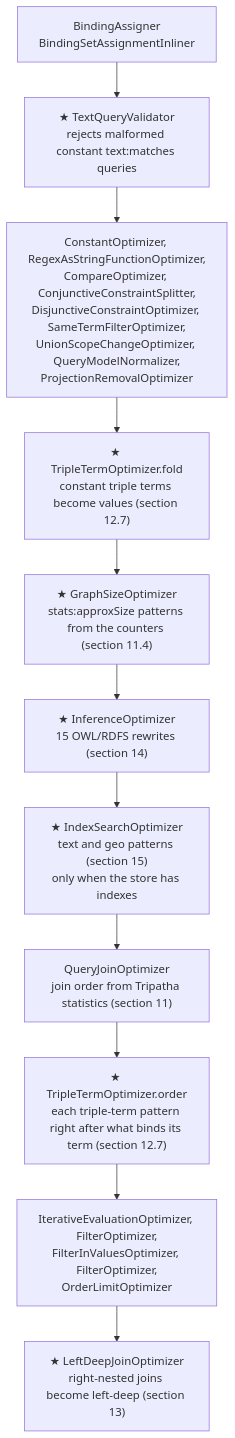
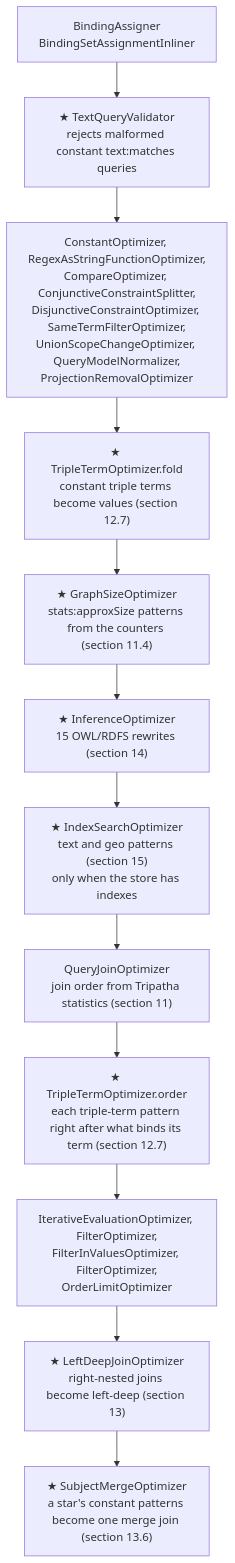
Diagram 12 of 21 in ARCH.md (dgreco/rya-ng), drawn with Mermaid before and after one commit. The commit also changed other lines of this file and 22 other files, not shown here.

````diff
--- a/ARCH.md
+++ b/ARCH.md
@@ -906,13 +906,14 @@
 ```mermaid
 flowchart TD
     o1["BindingAssigner<br/>BindingSetAssignmentInliner"] --> o2["★ TextQueryValidator<br/>rejects malformed constant text:matches queries"]
     o2 --> o3["ConstantOptimizer, RegexAsStringFunctionOptimizer,<br/>CompareOptimizer, ConjunctiveConstraintSplitter,<br/>DisjunctiveConstraintOptimizer, SameTermFilterOptimizer,<br/>UnionScopeChangeOptimizer, QueryModelNormalizer,<br/>ProjectionRemovalOptimizer"]
     o3 --> o3a["★ TripleTermOptimizer.fold<br/>constant triple terms become values (section 12.7)"]
     o3a --> o3b["★ GraphSizeOptimizer<br/>stats:approxSize patterns from the counters (section 11.4)"]
     o3b --> o4["★ InferenceOptimizer<br/>15 OWL/RDFS rewrites (section 14)"]
     o4 --> o5["★ IndexSearchOptimizer<br/>text and geo patterns (section 15)<br/>only when the store has indexes"]
     o5 --> o6["QueryJoinOptimizer<br/>join order from Tripatha statistics (section 11)"]
     o6 --> o6b["★ TripleTermOptimizer.order<br/>each triple-term pattern right after what binds its term (section 12.7)"]
     o6b --> o7["IterativeEvaluationOptimizer, FilterOptimizer,<br/>FilterInValuesOptimizer, FilterOptimizer,<br/>OrderLimitOptimizer"]
     o7 --> o8["★ LeftDeepJoinOptimizer<br/>right-nested joins become left-deep (section 13)"]
+    o8 --> o9["★ SubjectMergeOptimizer<br/>a star's constant patterns become one merge join (section 13.6)"]
 ```
````
